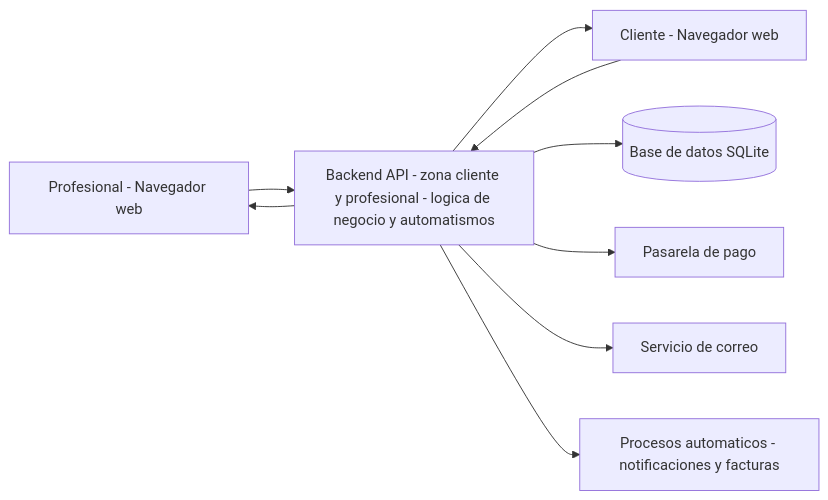
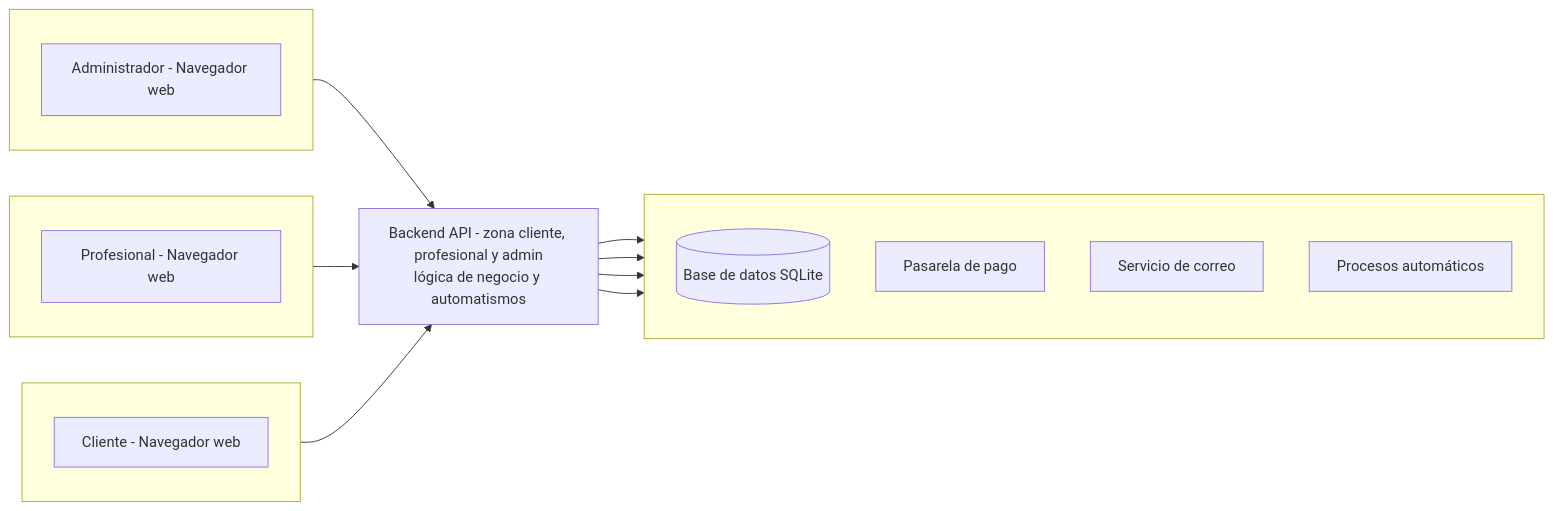
The diagram in entregas/PI_E1/es/arquitectura.md (nerineaoi/tfg-plataforma-citas-docs), drawn with Mermaid before and after one commit.

Commit message:
Enhance mermaid diagram with admin user and layout
Updated the mermaid diagram to include an admin user and reorganized the layout for better clarity.

````diff
--- a/entregas/PI_E1/es/arquitectura.md
+++ b/entregas/PI_E1/es/arquitectura.md
@@ -74,25 +74,42 @@
 ```mermaid
 flowchart LR
 
-    P[Profesional - Navegador web]
-    C[Cliente - Navegador web]
+    %% LEFT COLUMN: FORCE ALIGNMENT USING SEPARATE SUBGRAPHS
+    subgraph CBOX[ ]
+        direction TB
+        C[Cliente - Navegador web]
+    end
 
-    API[Backend API - zona cliente y profesional - logica de negocio y automatismos]
+    subgraph PBOX[ ]
+        direction TB
+        P[Profesional - Navegador web]
+    end
 
-    DB[(Base de datos SQLite)]
-    PAY[Pasarela de pago]
-    MAIL[Servicio de correo]
-    AUTO[Procesos automaticos - notificaciones y facturas]
+    subgraph ABOX[ ]
+        direction TB
+        A[Administrador - Navegador web]
+    end
 
+    %% CENTER
+    API[Backend API - zona cliente, profesional y admin<br/>lógica de negocio y automatismos]
+
+    %% RIGHT COLUMN
+    subgraph INFRA[ ]
+        direction TB
+        DB[(Base de datos SQLite)]
+        PAY[Pasarela de pago]
+        MAIL[Servicio de correo]
+        AUTO[Procesos automáticos]
+    end
+
+    %% CONNECTIONS
+    C --> API
     P --> API
-    C --> API
-
-    API --> P
-    API --> C
+    A --> API
 
     API --> DB
     API --> PAY
     API --> MAIL
     API --> AUTO
 
 ```
````
